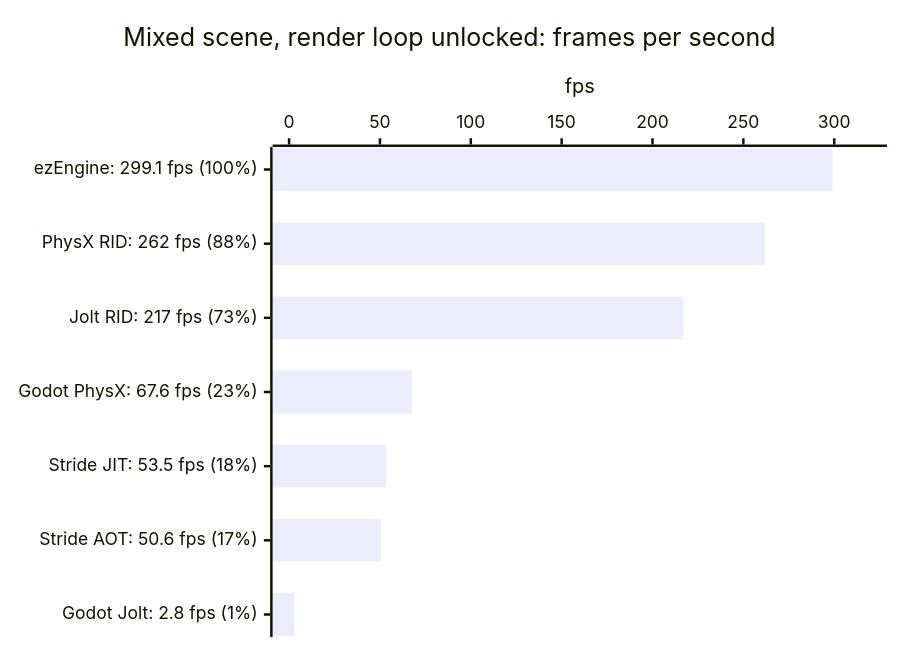
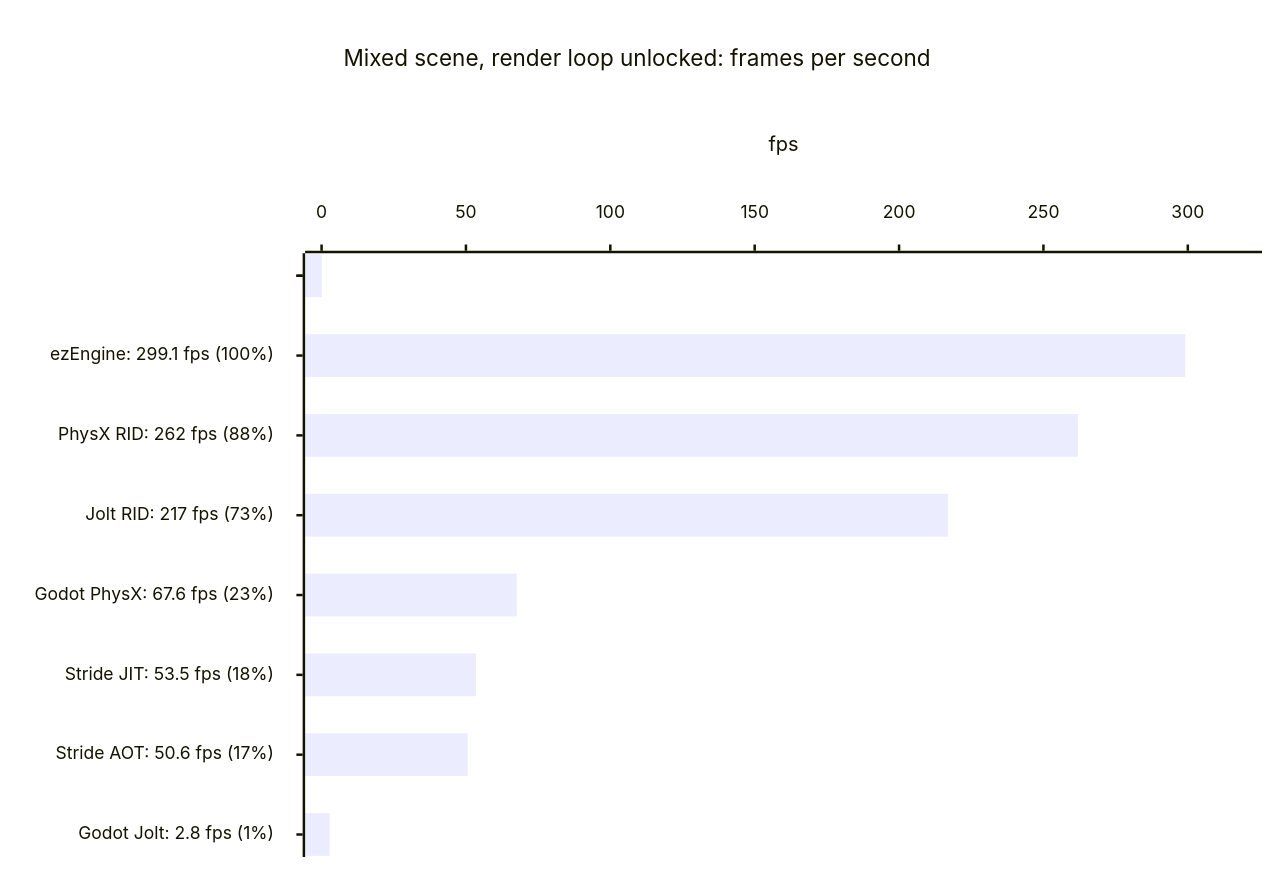
Before and after one commit to CreatoramaStudio/QuestMark: the fourth of 6 diagrams in README.md, drawn with Mermaid. The commit also changed other lines of this file and 1 other file, not shown here.

Commit message:
README charts: padding config and spacer rows above and below the bars

````diff
--- a/README.md
+++ b/README.md
@@ -79,7 +130,24 @@
 ```mermaid
+---
+config:
+  xyChart:
+    width: 1000
+    height: 676
+    titlePadding: 28
+    titleFontSize: 18
+    plotReservedSpacePercent: 60
+    xAxis:
+      labelFontSize: 14
+      labelPadding: 18
+      titlePadding: 18
+    yAxis:
+      labelFontSize: 14
+      labelPadding: 18
+      titlePadding: 18
+---
 xychart-beta horizontal
     title "Mixed scene, render loop unlocked: frames per second"
-    x-axis ["ezEngine: 299.1 fps (100%)", "PhysX RID: 262 fps (88%)", "Jolt RID: 217 fps (73%)", "Godot PhysX: 67.6 fps (23%)", "Stride JIT: 53.5 fps (18%)", "Stride AOT: 50.6 fps (17%)", "Godot Jolt: 2.8 fps (1%)"]
+    x-axis [" ", "ezEngine: 299.1 fps (100%)", "PhysX RID: 262 fps (88%)", "Jolt RID: 217 fps (73%)", "Godot PhysX: 67.6 fps (23%)", "Stride JIT: 53.5 fps (18%)", "Stride AOT: 50.6 fps (17%)", "Godot Jolt: 2.8 fps (1%)", "  "]
     y-axis "fps" 0 --> 320
-    bar [299.1, 262, 217, 67.6, 53.5, 50.6, 2.8]
+    bar [0, 299.1, 262, 217, 67.6, 53.5, 50.6, 2.8, 0]
 ```
````
